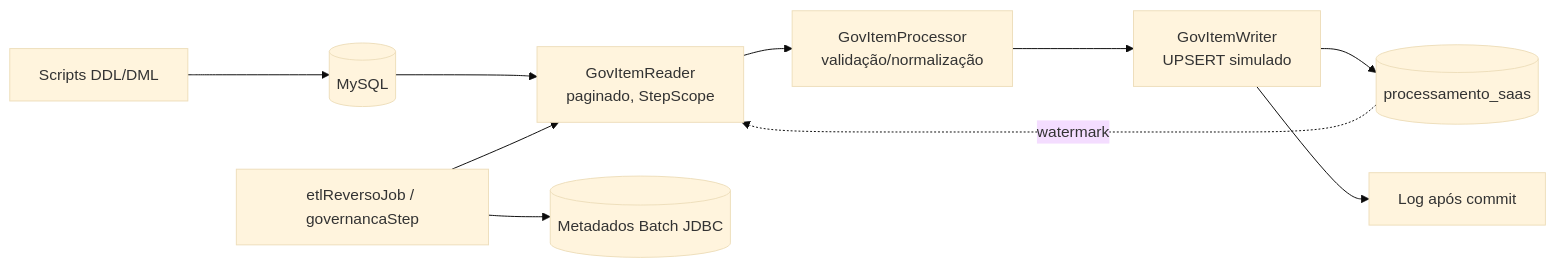
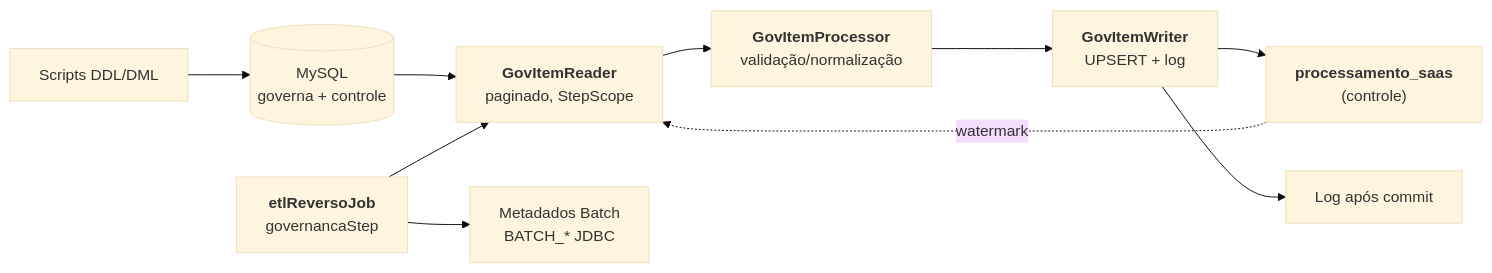
The first of 3 diagrams in README.md (murilohenzo/spring-batch-etl-reverso), drawn with Mermaid (base theme) before and after one commit. The commit also changed other lines of this file, not shown here.

````diff
--- a/README.md
+++ b/README.md
@@ -103,12 +152,12 @@
 ```mermaid
 flowchart LR
-    SQL[Scripts DDL/DML] --> DB[(MySQL)]
-    DB --> R[GovItemReader<br/>paginado, StepScope]
-    R --> P[GovItemProcessor<br/>validação/normalização]
-    P --> W[GovItemWriter<br/>UPSERT simulado]
-    W --> C[(processamento_saas)]
+    SQL[Scripts DDL/DML] --> DB[(MySQL<br/>governa + controle)]
+    DB --> R["<b>GovItemReader</b><br/>paginado, StepScope"]
+    R --> P["<b>GovItemProcessor</b><br/>validação/normalização"]
+    P --> W["<b>GovItemWriter</b><br/>UPSERT + log"]
+    W --> C["<b>processamento_saas</b><br/>(controle)"]
     C -.watermark.-> R
-    W --> L[Log após commit]
-    J[etlReversoJob / governancaStep] --> R
-    J --> M[(Metadados Batch JDBC)]
+    W --> L["Log após commit"]
+    J["<b>etlReversoJob</b><br/>governancaStep"] --> R
+    J --> M["Metadados Batch<br/>BATCH_* JDBC"]
 ```
````
